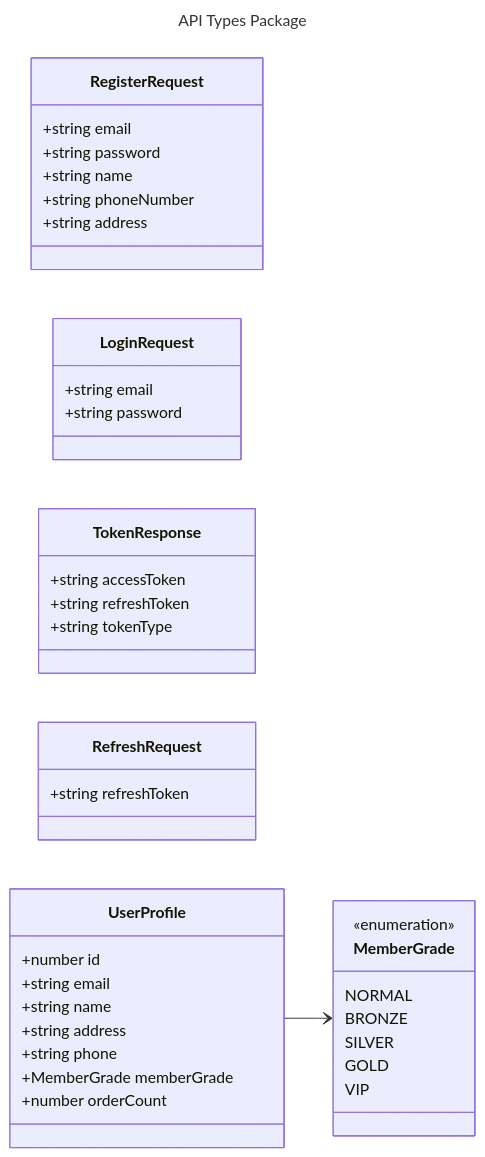
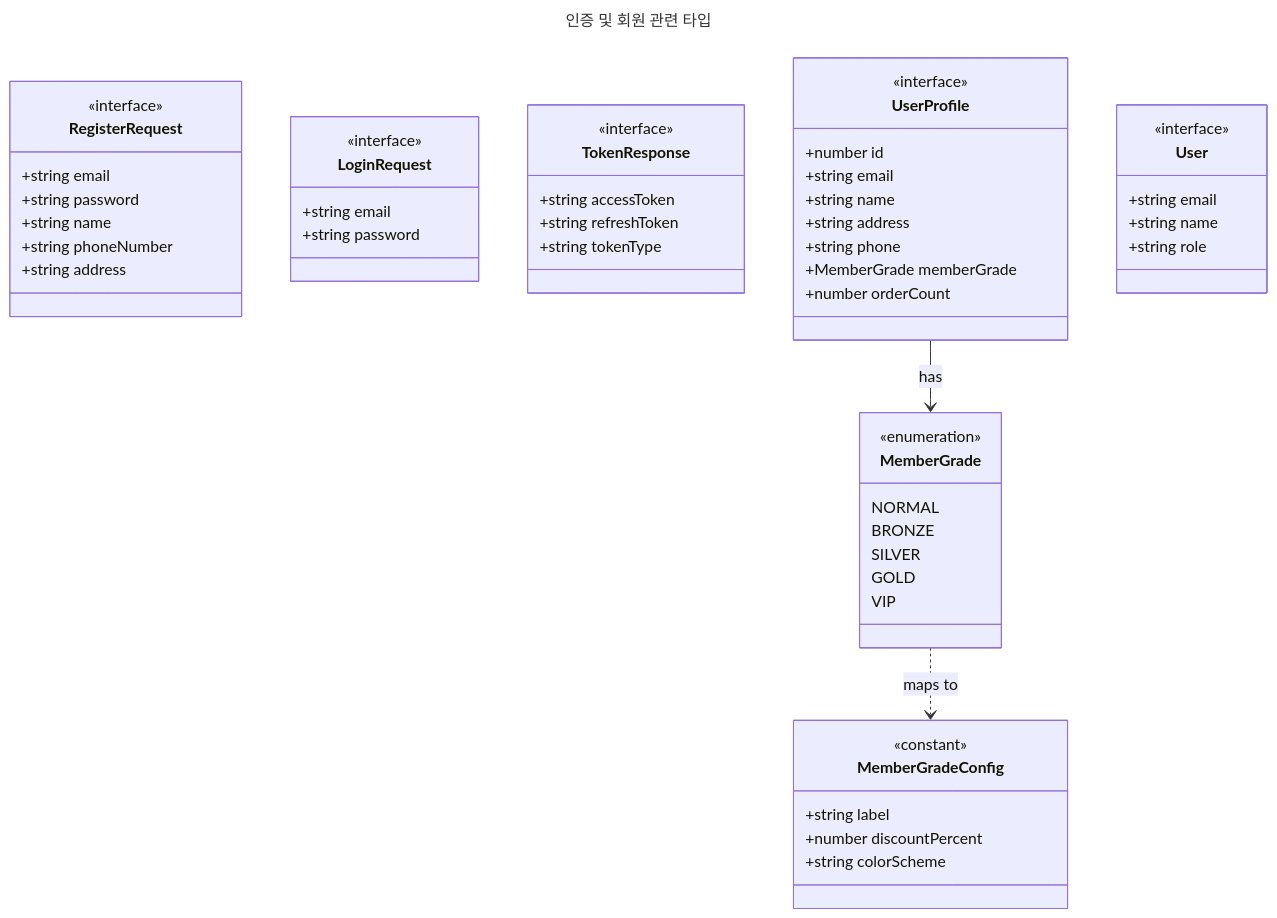
The second of 15 diagrams in docs/class-diagram.md (Ddogan-zip/ddoganzip-frontend), drawn with Mermaid before and after one commit. The commit also changed other lines of this file, not shown here.

Commit message:
Update class diagram with voice ordering system

````diff
--- a/docs/class-diagram.md
+++ b/docs/class-diagram.md
@@ -777,52 +54,66 @@
 ```mermaid
 ---
-title: API Types Package
+title: 인증 및 회원 관련 타입
 ---
 classDiagram
-    direction LR
-
-    %% Authentication Types
-    class RegisterRequest {
-        +string email
-        +string password
-        +string name
-        +string phoneNumber
-        +string address
-    }
-
-    class LoginRequest {
-        +string email
-        +string password
-    }
-
-    class TokenResponse {
-        +string accessToken
-        +string refreshToken
-        +string tokenType
-    }
-
-    class RefreshRequest {
-        +string refreshToken
-    }
-
-    class UserProfile {
-        +number id
-        +string email
-        +string name
-        +string address
-        +string phone
-        +MemberGrade memberGrade
-        +number orderCount
-    }
+    direction TB
 
     class MemberGrade {
         <<enumeration>>
         NORMAL
         BRONZE
         SILVER
         GOLD
         VIP
     }
 
-    UserProfile --> MemberGrade
+    class MemberGradeConfig {
+        <<constant>>
+        +string label
+        +number discountPercent
+        +string colorScheme
+    }
+
+    class RegisterRequest {
+        <<interface>>
+        +string email
+        +string password
+        +string name
+        +string phoneNumber
+        +string address
+    }
+
+    class LoginRequest {
+        <<interface>>
+        +string email
+        +string password
+    }
+
+    class TokenResponse {
+        <<interface>>
+        +string accessToken
+        +string refreshToken
+        +string tokenType
+    }
+
+    class UserProfile {
+        <<interface>>
+        +number id
+        +string email
+        +string name
+        +string address
+        +string phone
+        +MemberGrade memberGrade
+        +number orderCount
+    }
+
+    class User {
+        <<interface>>
+        +string email
+        +string name
+        +string role
+    }
+
+    MemberGrade ..> MemberGradeConfig : maps to
+    UserProfile --> MemberGrade : has
 ```
````
